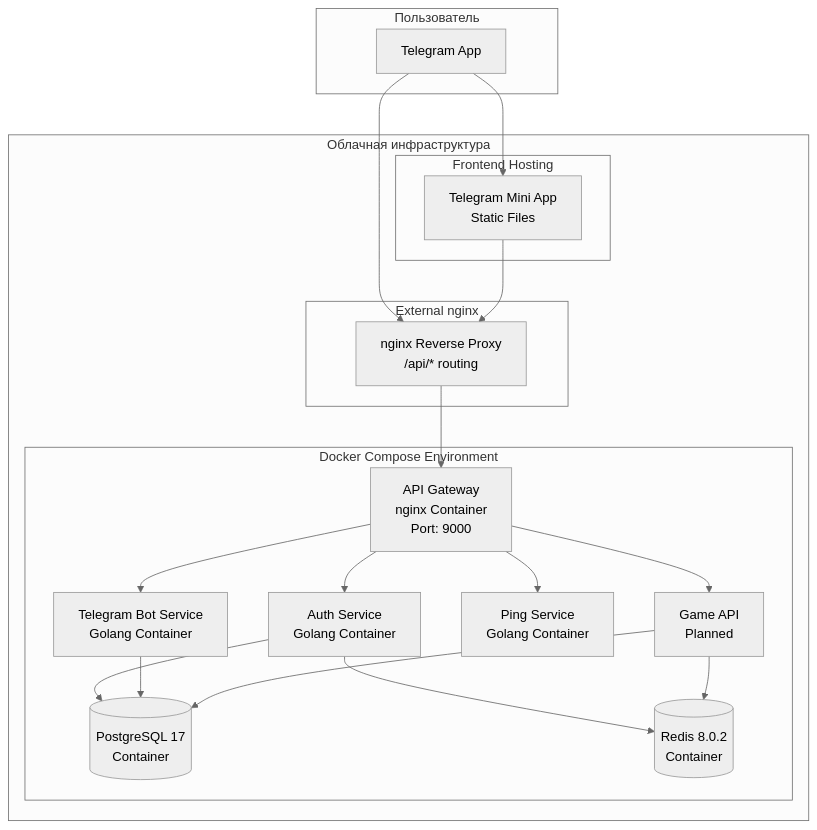
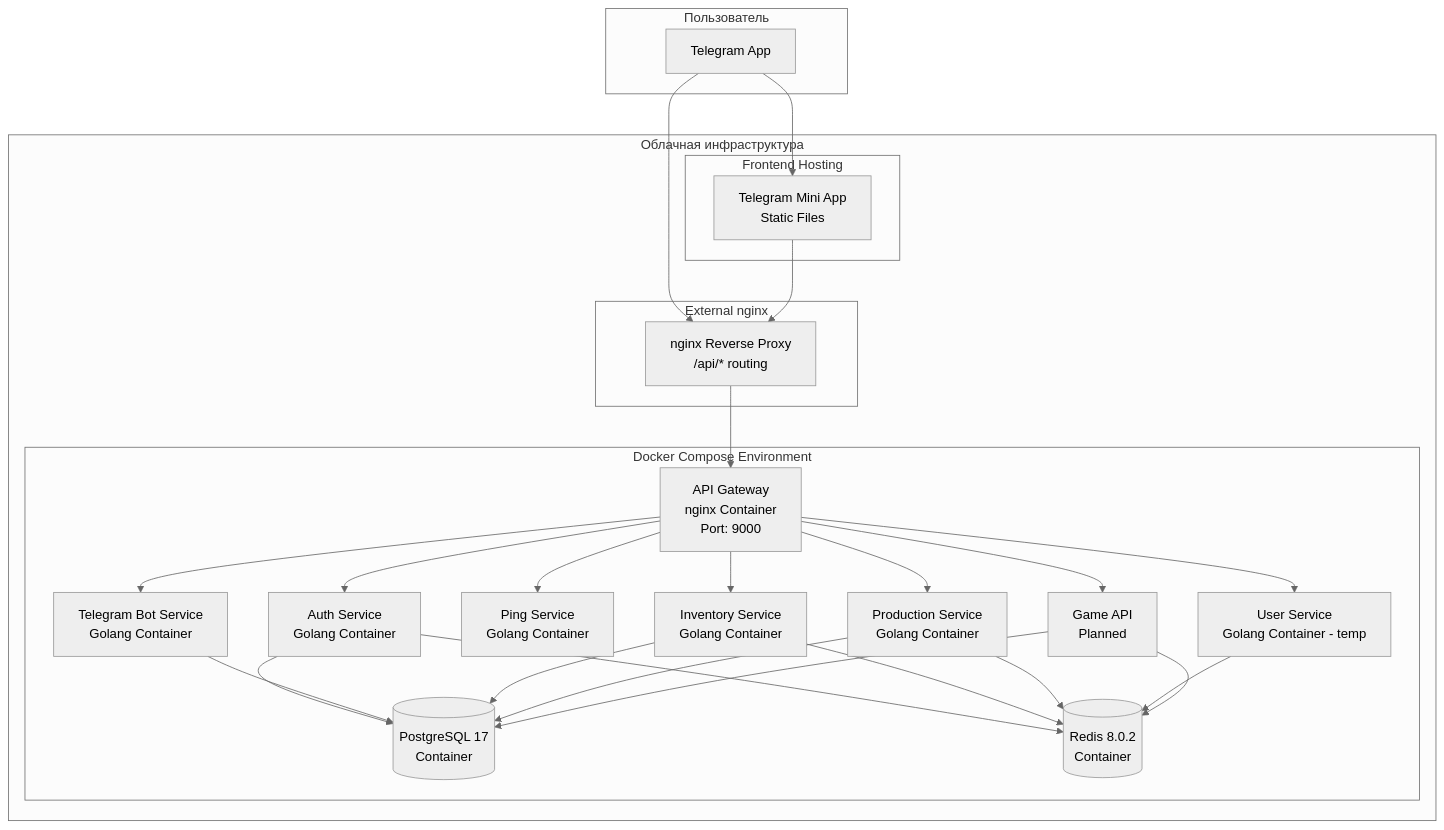
One commit to dpetrakov/shard_legends changed the second of 3 diagrams in docs/architecture/architecture.md. Above: the diagram before and after it, drawn with Mermaid (neutral theme). The commit also changed other lines of this file and 3 other files, not shown here.

````diff
--- a/docs/architecture/architecture.md
+++ b/docs/architecture/architecture.md
@@ -249,41 +329,52 @@
 ```mermaid
 graph TB
     subgraph "Пользователь"
         TG[Telegram App]
     end
     
     subgraph "Облачная инфраструктура"
         subgraph "External nginx"
             NGINX[nginx Reverse Proxy<br/>/api/* routing]
         end
         
         subgraph "Frontend Hosting"
             TMA[Telegram Mini App<br/>Static Files]
         end
         
         subgraph "Docker Compose Environment"
             GATEWAY[API Gateway<br/>nginx Container<br/>Port: 9000]
             AUTH[Auth Service<br/>Golang Container]
             BOT[Telegram Bot Service<br/>Golang Container]
             PING[Ping Service<br/>Golang Container]
+            INVENTORY[Inventory Service<br/>Golang Container]
+            PRODUCTION[Production Service<br/>Golang Container]
+            USER[User Service<br/>Golang Container - temp]
             GAME[Game API<br/>Planned]
             DB[(PostgreSQL 17<br/>Container)]
             CACHE[(Redis 8.0.2<br/>Container)]
             
             NGINX --> GATEWAY
             GATEWAY --> AUTH
             GATEWAY --> BOT
             GATEWAY --> PING
+            GATEWAY --> INVENTORY
+            GATEWAY --> PRODUCTION
+            GATEWAY --> USER
             GATEWAY --> GAME
             AUTH --> DB
             AUTH --> CACHE
             BOT --> DB
+            INVENTORY --> DB
+            INVENTORY --> CACHE
+            PRODUCTION --> DB
+            PRODUCTION --> CACHE
+            USER --> CACHE
             GAME --> DB
             GAME --> CACHE
         end
     end
     
     TG --> NGINX
     TG --> TMA
     TMA --> NGINX
 ```
````
